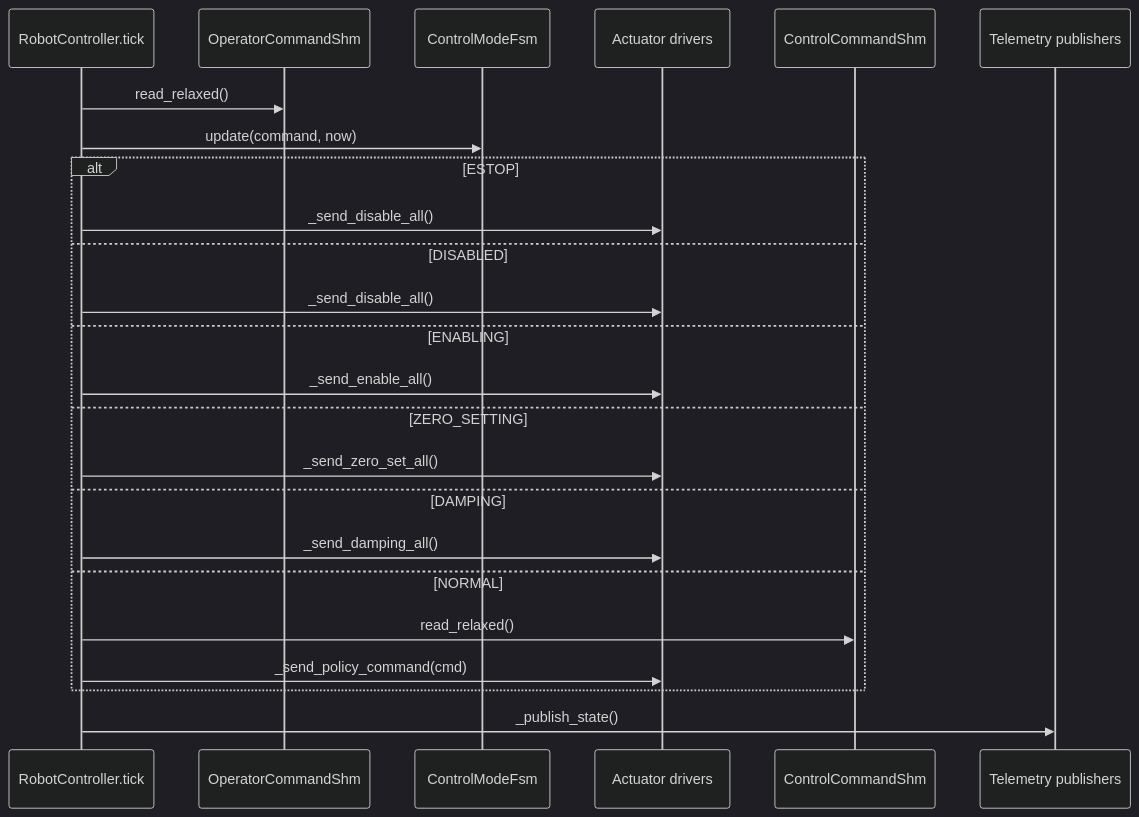
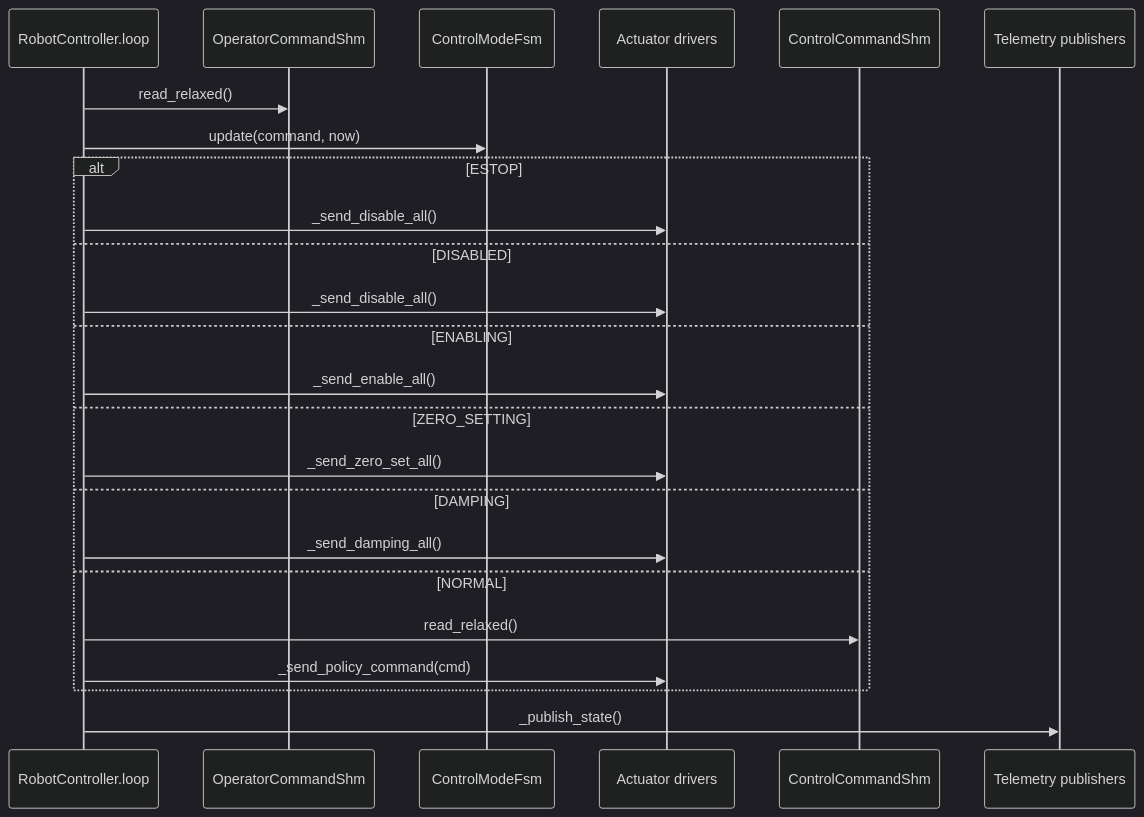
The diagram in docs/CONTROL_LOOP.md (likesweetie/QHRR0-control), drawn with Mermaid (dark theme) before and after one commit. The commit also changed other lines of this file and 51 other files, not shown here.

````diff
--- a/docs/CONTROL_LOOP.md
+++ b/docs/CONTROL_LOOP.md
@@ -16,27 +16,27 @@
 ```mermaid
 sequenceDiagram
-    participant RC as RobotController.tick
+    participant RC as RobotController.loop
     participant OP as OperatorCommandShm
     participant SM as ControlModeFsm
     participant ACT as Actuator drivers
     participant CMD as ControlCommandShm
     participant PUB as Telemetry publishers
 
     RC->>OP: read_relaxed()
     RC->>SM: update(command, now)
     alt ESTOP
         RC->>ACT: _send_disable_all()
     else DISABLED
         RC->>ACT: _send_disable_all()
     else ENABLING
         RC->>ACT: _send_enable_all()
     else ZERO_SETTING
         RC->>ACT: _send_zero_set_all()
     else DAMPING
         RC->>ACT: _send_damping_all()
     else NORMAL
         RC->>CMD: read_relaxed()
         RC->>ACT: _send_policy_command(cmd)
     end
     RC->>PUB: _publish_state()
 ```
````
